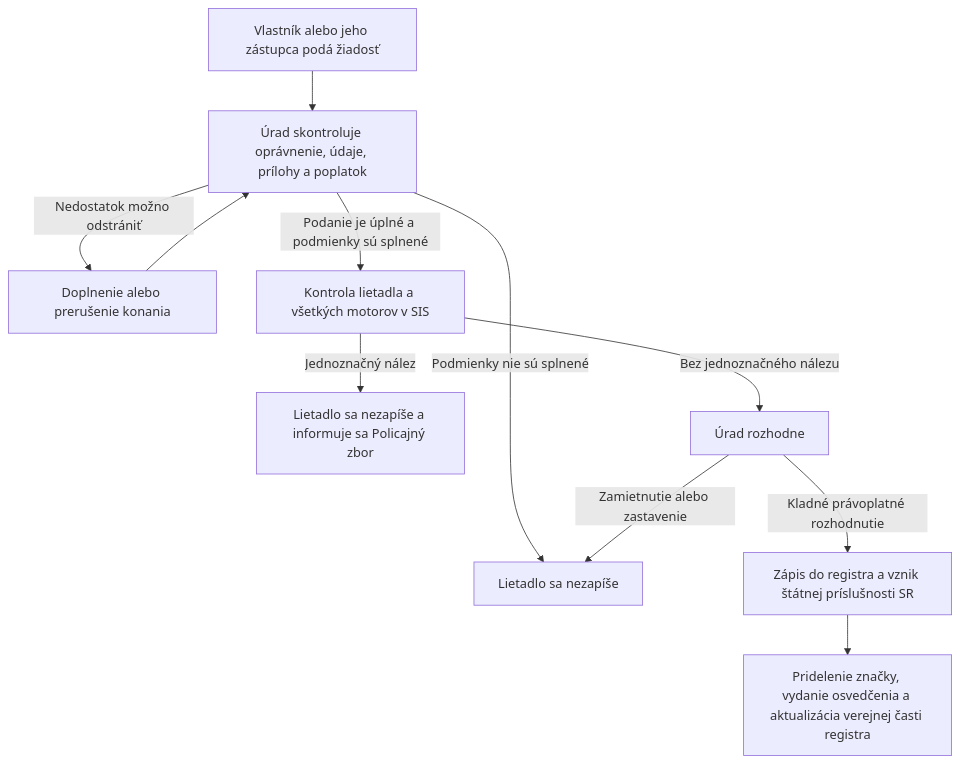
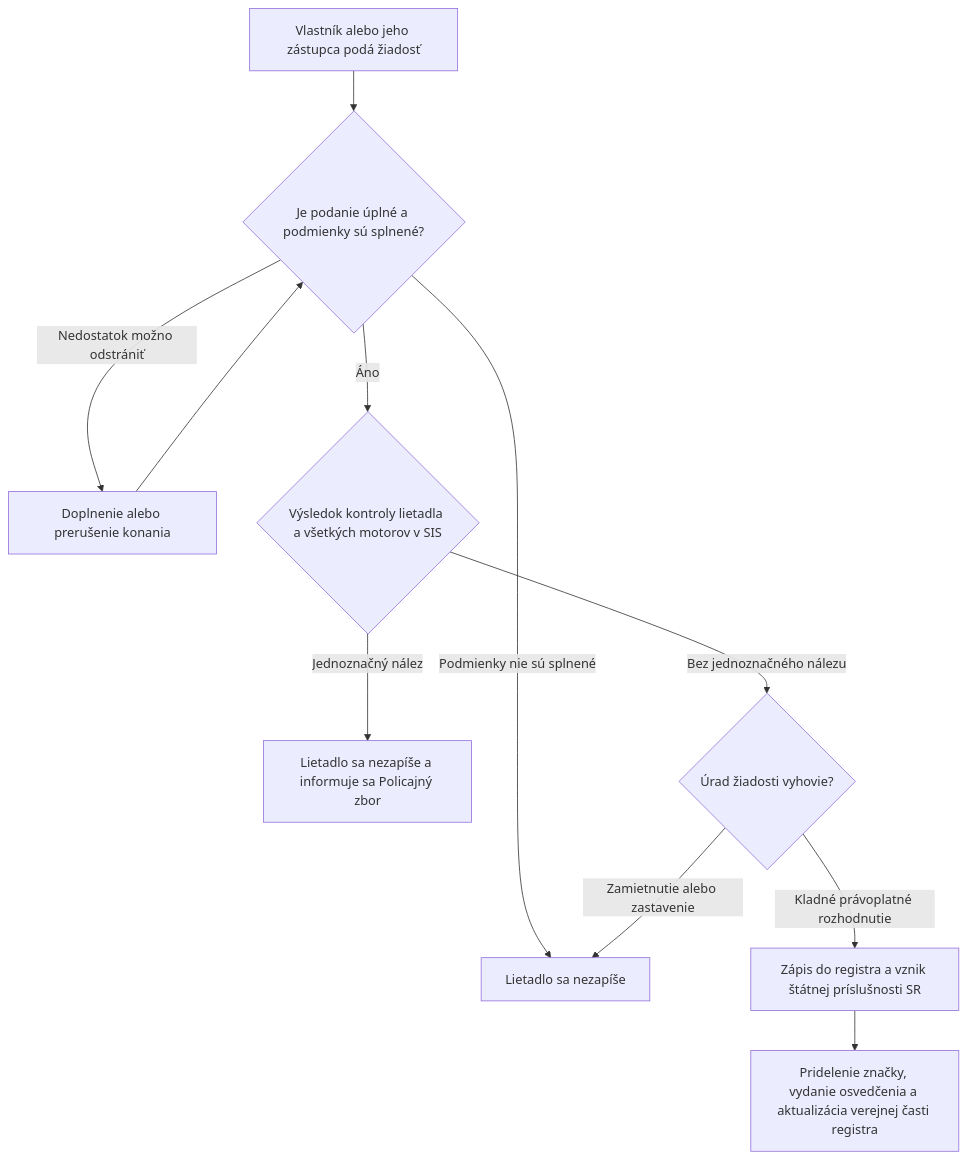
Before and after one commit to fixerivan/mudu-process-definition-standard: the diagram in examples/MUDU-061/graph.md, drawn with Mermaid. The commit also changed 10 other files, not shown here.

````diff
--- a/examples/MUDU-061/graph.md
+++ b/examples/MUDU-061/graph.md
@@ -8,13 +8,13 @@
 ```mermaid
 graph TD
-    A["Vlastník alebo jeho zástupca podá žiadosť"] --> B["Úrad skontroluje oprávnenie, údaje, prílohy a poplatok"]
+    A["Vlastník alebo jeho zástupca podá žiadosť"] --> B{"Je podanie úplné a podmienky sú splnené?"}
     B -->|Nedostatok možno odstrániť| B1["Doplnenie alebo prerušenie konania"]
     B1 --> B
     B -->|Podmienky nie sú splnené| X["Lietadlo sa nezapíše"]
-    B -->|Podanie je úplné a podmienky sú splnené| C["Kontrola lietadla a všetkých motorov v SIS"]
+    B -->|Áno| C{"Výsledok kontroly lietadla a všetkých motorov v SIS"}
     C -->|Jednoznačný nález| Y["Lietadlo sa nezapíše a informuje sa Policajný zbor"]
-    C -->|Bez jednoznačného nálezu| D["Úrad rozhodne"]
+    C -->|Bez jednoznačného nálezu| D{"Úrad žiadosti vyhovie?"}
     D -->|Zamietnutie alebo zastavenie| X
     D -->|Kladné právoplatné rozhodnutie| E["Zápis do registra a vznik štátnej príslušnosti SR"]
     E --> F["Pridelenie značky, vydanie osvedčenia a aktualizácia verejnej časti registra"]
 ```
````
